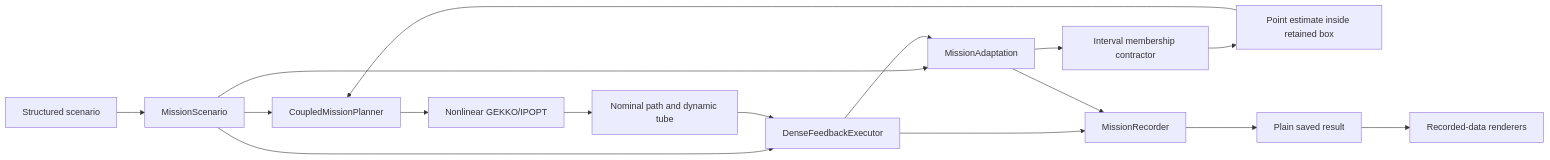
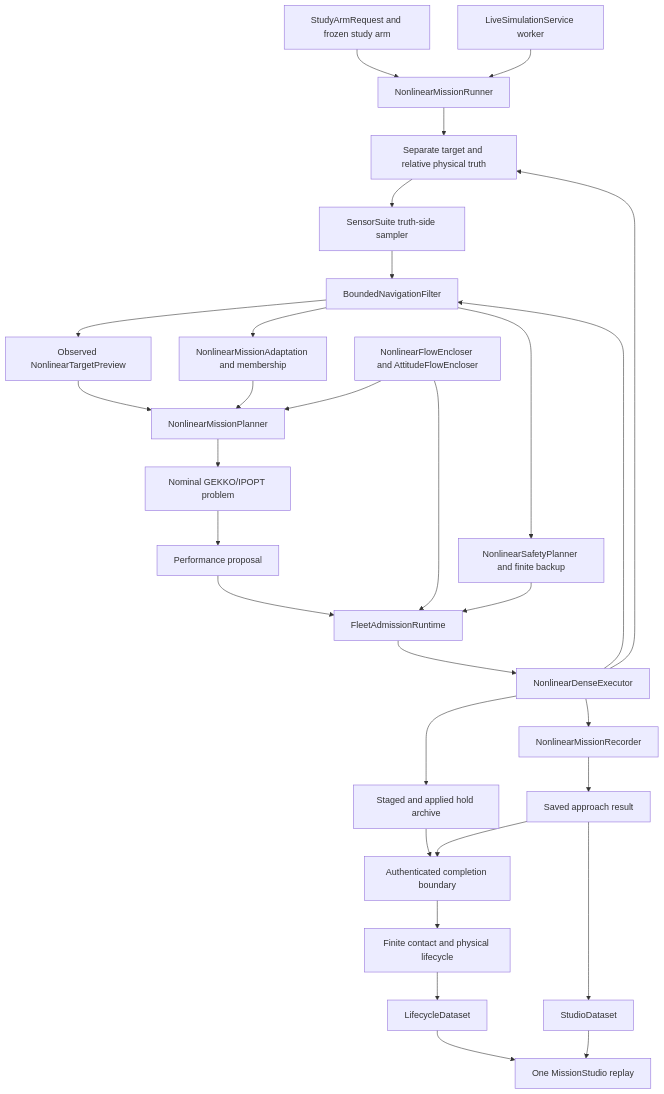
The diagram in docs/architecture.md (aaronjs99/orbex-a), drawn with Mermaid before and after one commit. The commit also changed other lines of this file and 70 other files, not shown here.

First line of the commit message:
Implement sensed nonlinear ADTMPC mission and finite contact

````diff
--- a/docs/architecture.md
+++ b/docs/architecture.md
@@ -60,18 +24,32 @@
 ```mermaid
-flowchart LR
-    C[Structured scenario] --> S[MissionScenario]
-    S --> P[CoupledMissionPlanner]
-    S --> E[DenseFeedbackExecutor]
-    S --> A[MissionAdaptation]
-    P --> B[Nonlinear GEKKO/IPOPT]
-    B --> T[Nominal path and dynamic tube]
-    T --> E
-    E --> A
-    A --> I[Interval membership contractor]
-    I --> F[Point estimate inside retained box]
-    F --> P
-    E --> R[MissionRecorder]
-    A --> R
-    R --> D[Plain saved result]
-    D --> V[Recorded-data renderers]
+flowchart TD
+    CLI[StudyArmRequest and frozen study arm] --> R[NonlinearMissionRunner]
+    LIVE[LiveSimulationService worker] --> R
+    R --> TR[Separate target and relative physical truth]
+    TR --> SS[SensorSuite truth-side sampler]
+    SS --> NAV[BoundedNavigationFilter]
+    NAV --> PRE[Observed NonlinearTargetPreview]
+    NAV --> AD[NonlinearMissionAdaptation and membership]
+    AD --> PL[NonlinearMissionPlanner]
+    PRE --> PL
+    PL --> GK[Nominal GEKKO/IPOPT problem]
+    GK --> PROP[Performance proposal]
+    NAV --> SAFE[NonlinearSafetyPlanner and finite backup]
+    SAFE --> ADM[FleetAdmissionRuntime]
+    PROP --> ADM
+    FLOW[NonlinearFlowEncloser and AttitudeFlowEncloser] --> PL
+    FLOW --> ADM
+    ADM --> EX[NonlinearDenseExecutor]
+    EX --> TR
+    EX --> NAV
+    EX --> ARC[Staged and applied hold archive]
+    EX --> REC[NonlinearMissionRecorder]
+    REC --> RAW[Saved approach result]
+    RAW --> COMP[Authenticated completion boundary]
+    ARC --> COMP
+    COMP --> LIFE[Finite contact and physical lifecycle]
+    RAW --> PROJ[StudioDataset]
+    LIFE --> LPROJ[LifecycleDataset]
+    PROJ --> STUDIO[One MissionStudio replay]
+    LPROJ --> STUDIO
 ```
````
